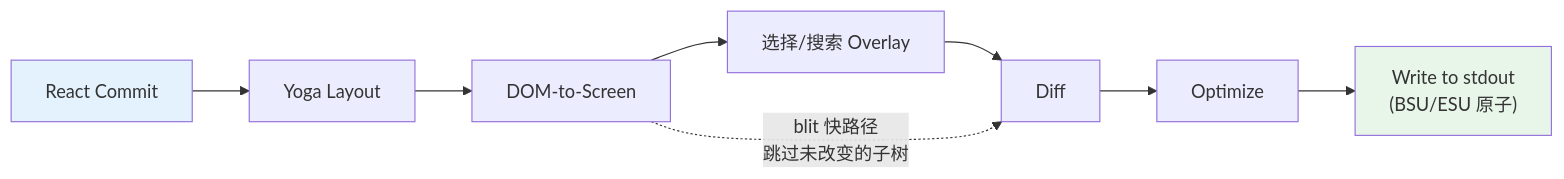
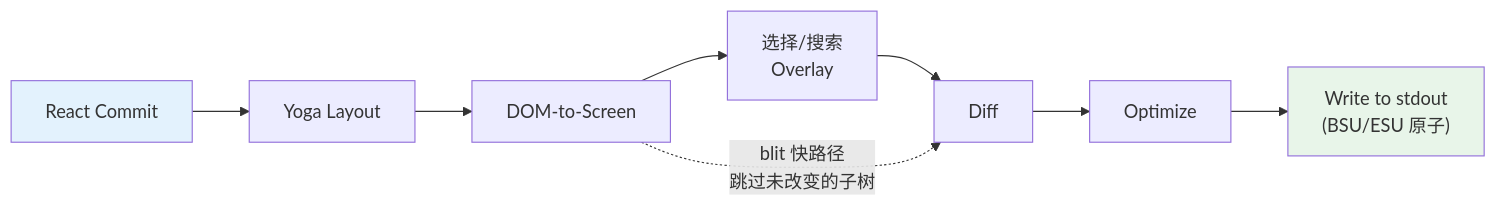
One commit to llwanghong/claude-code-universe changed the first of 2 diagrams in book-zh/ch13-terminal-ui.md. Above: the diagram before and after it, drawn with Mermaid. The commit also changed other lines of this file, not shown here.

````diff
--- a/book-zh/ch13-terminal-ui.md
+++ b/book-zh/ch13-terminal-ui.md
@@ -57,14 +95,14 @@
 ```mermaid
 flowchart LR
     A[React Commit] --> B[Yoga Layout]
     B --> C[DOM-to-Screen]
-    C --> D[选择/搜索 Overlay]
+    C --> D[选择/搜索<br/>Overlay]
     D --> E[Diff]
     E --> F[Optimize]
     F --> G["Write to stdout<br/>(BSU/ESU 原子)"]
 
     C -.->|"blit 快路径<br/>跳过未改变的子树"| E
 
     style A fill:#e3f2fd
     style G fill:#e8f5e9
 ```
````
